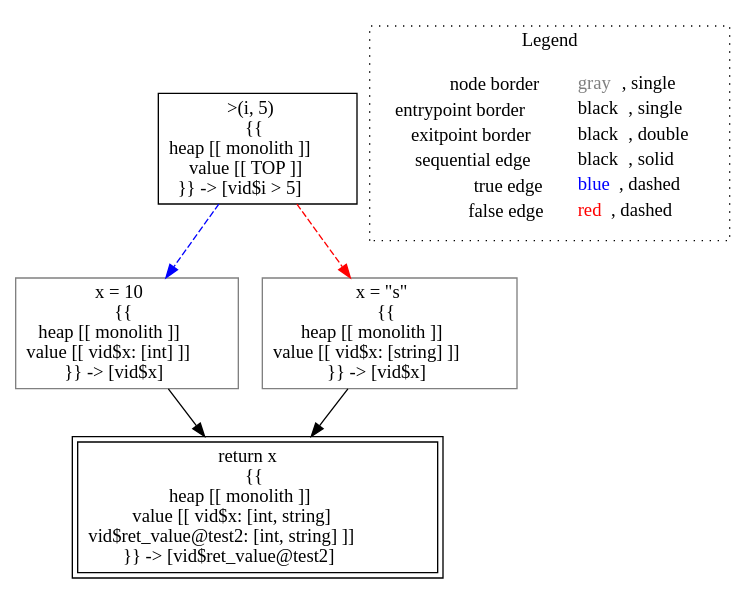
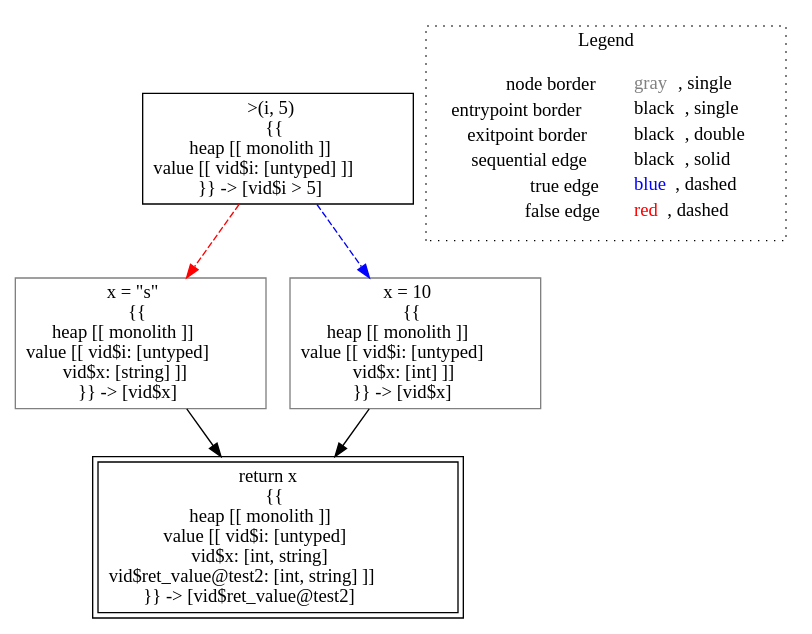
One commit to lisa-analyzer/lisa changed the diagram in lisa/imp-testcases/type-inference/typing___untyped_test2(untyped_i).dot. Above: the diagram before and after it, drawn with Graphviz. The commit also changed 18 other files, not shown here.

First line of the commit message:
PushAny for expressions creating top value

```diff
--- a/lisa/imp-testcases/type-inference/typing___untyped_test2(untyped_i).dot
+++ b/lisa/imp-testcases/type-inference/typing___untyped_test2(untyped_i).dot
@@ -1,17 +1,17 @@
 digraph {
-	"node0" [shape="rect",color="black",label=<&gt;(i, 5)<BR/>{{<BR/>heap [[ monolith ]]<BR/>value [[ TOP ]]<BR/>}} -&gt; [vid$i &gt; 5]>];
-	"node1" [shape="rect",color="gray",label=<x = 10<BR/>{{<BR/>heap [[ monolith ]]<BR/>value [[ vid$x: [int] ]]<BR/>}} -&gt; [vid$x]>];
-	"node2" [shape="rect",color="gray",label=<x = &quot;s&quot;<BR/>{{<BR/>heap [[ monolith ]]<BR/>value [[ vid$x: [string] ]]<BR/>}} -&gt; [vid$x]>];
-	"node3" [shape="rect",color="black",peripheries="2",label=<return x<BR/>{{<BR/>heap [[ monolith ]]<BR/>value [[ vid$x: [int, string]<BR/>vid$ret_value@test2: [int, string] ]]<BR/>}} -&gt; [vid$ret_value@test2]>];
+	"node0" [shape="rect",color="black",label=<&gt;(i, 5)<BR/>{{<BR/>heap [[ monolith ]]<BR/>value [[ vid$i: [untyped] ]]<BR/>}} -&gt; [vid$i &gt; 5]>];
+	"node1" [shape="rect",color="gray",label=<x = &quot;s&quot;<BR/>{{<BR/>heap [[ monolith ]]<BR/>value [[ vid$i: [untyped]<BR/>vid$x: [string] ]]<BR/>}} -&gt; [vid$x]>];
+	"node2" [shape="rect",color="gray",label=<x = 10<BR/>{{<BR/>heap [[ monolith ]]<BR/>value [[ vid$i: [untyped]<BR/>vid$x: [int] ]]<BR/>}} -&gt; [vid$x]>];
+	"node3" [shape="rect",color="black",peripheries="2",label=<return x<BR/>{{<BR/>heap [[ monolith ]]<BR/>value [[ vid$i: [untyped]<BR/>vid$x: [int, string]<BR/>vid$ret_value@test2: [int, string] ]]<BR/>}} -&gt; [vid$ret_value@test2]>];
 	"node1" -> "node3" [color="black"];
 	"node2" -> "node3" [color="black"];
-	"node0" -> "node1" [color="blue",style="dashed"];
-	"node0" -> "node2" [color="red",style="dashed"];
+	"node0" -> "node1" [color="red",style="dashed"];
+	"node0" -> "node2" [color="blue",style="dashed"];
 subgraph cluster_legend {
 	label="Legend";
 	style=dotted;
 	node [shape=plaintext];
 	"legend" [label=<<table border="0" cellpadding="2" cellspacing="0" cellborder="0"><tr><td align="right">node border&nbsp;</td><td align="left"><font color="gray">gray</font>, single</td></tr><tr><td align="right">entrypoint border&nbsp;</td><td align="left"><font color="black">black</font>, single</td></tr><tr><td align="right">exitpoint border&nbsp;</td><td align="left"><font color="black">black</font>, double</td></tr><tr><td align="right">sequential edge&nbsp;</td><td align="left"><font color="black">black</font>, solid</td></tr><tr><td align="right">true edge&nbsp;</td><td align="left"><font color="blue">blue</font>, dashed</td></tr><tr><td align="right">false edge&nbsp;</td><td align="left"><font color="red">red</font>, dashed</td></tr></table>>];
 }
 
 }
```
